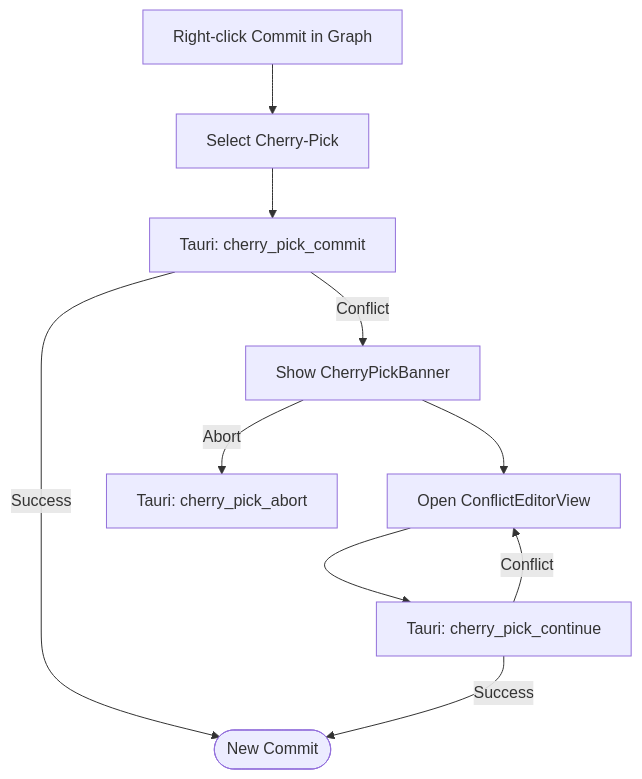
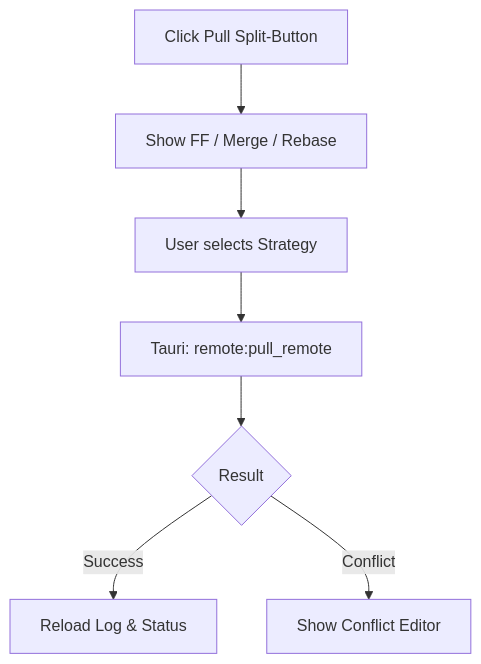
One commit to TrungHieu0107/git-helper changed the third of 3 diagrams in docs/user_flow.md. Above: the diagram before and after it, drawn with Mermaid. The commit also changed other lines of this file and 19 other files, not shown here.

First line of the commit message:
feat(repo): add reset-to-commit command and integrate reset UI; implement unified conflict routing

````diff
--- a/docs/user_flow.md
+++ b/docs/user_flow.md
@@ -66,12 +52,9 @@
 ```mermaid
 flowchart TD
-    Start[Right-click Commit in Graph] --> CP[Select Cherry-Pick]
-    CP --> Cmd[Tauri: cherry_pick_commit]
-    Cmd -- Success --> Done([New Commit])
-    Cmd -- Conflict --> ShowBanner[Show CherryPickBanner]
-    ShowBanner --> Resolve[Open ConflictEditorView]
-    Resolve --> Continue[Tauri: cherry_pick_continue]
-    Continue -- Success --> Done
-    Continue -- Conflict --> Resolve
-    ShowBanner -- Abort --> AbortCmd[Tauri: cherry_pick_abort]
+    Click[Click Pull Split-Button] --> Menu[Show FF / Merge / Rebase]
+    Menu --> Selected[User selects Strategy]
+    Selected --> Cmd[Tauri: remote:pull_remote]
+    Cmd --> Res{Result}
+    Res -- Success --> Done[Reload Log & Status]
+    Res -- Conflict --> Conflict[Show Conflict Editor]
 ```
````
